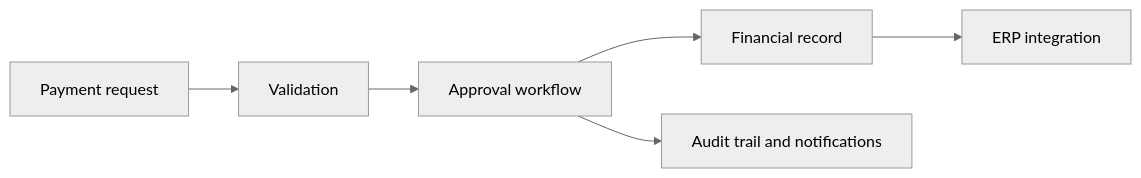
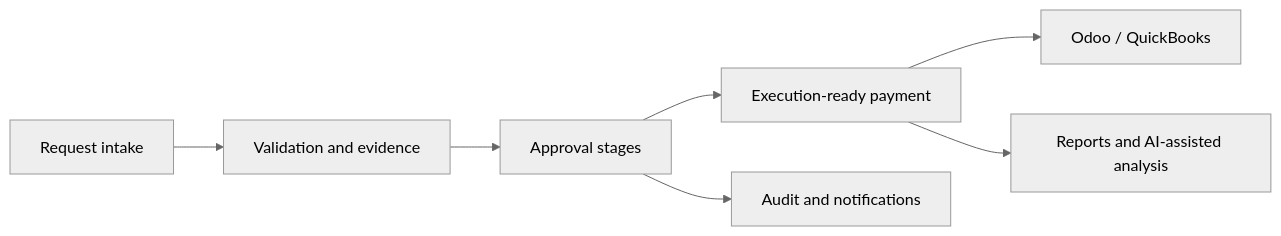
The diagram in projects/payment-management.md (saidoarici/portfolio), drawn with Mermaid (neutral theme) before and after one commit. The commit also changed other lines of this file and 30 other files, not shown here.

````diff
--- a/projects/payment-management.md
+++ b/projects/payment-management.md
@@ -23,8 +59,9 @@
 ```mermaid
 flowchart LR
-  A[Payment request] --> B[Validation]
-  B --> C[Approval workflow]
-  C --> D[Financial record]
-  D --> E[ERP integration]
-  C --> F[Audit trail and notifications]
+  A[Request intake] --> B[Validation and evidence]
+  B --> C[Approval stages]
+  C --> D[Execution-ready payment]
+  D --> E[Odoo / QuickBooks]
+  C --> F[Audit and notifications]
+  D --> G[Reports and AI-assisted analysis]
 ```
````
